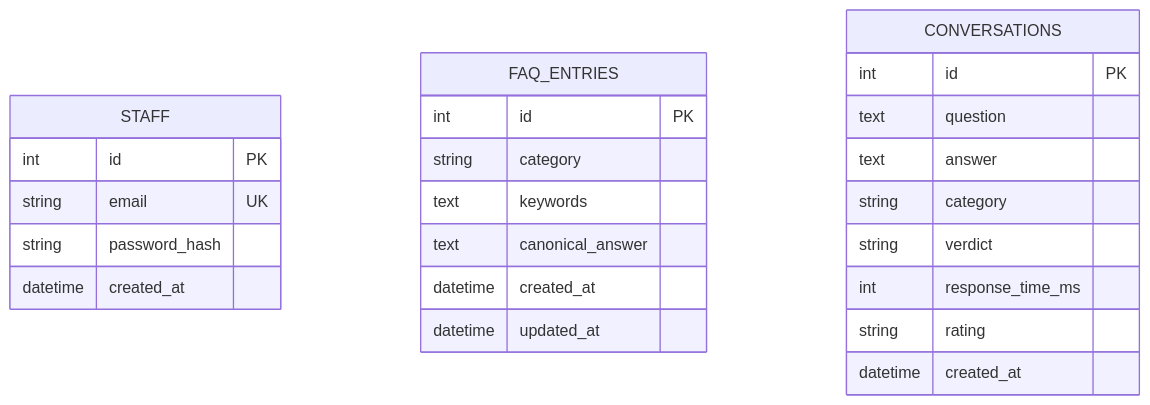
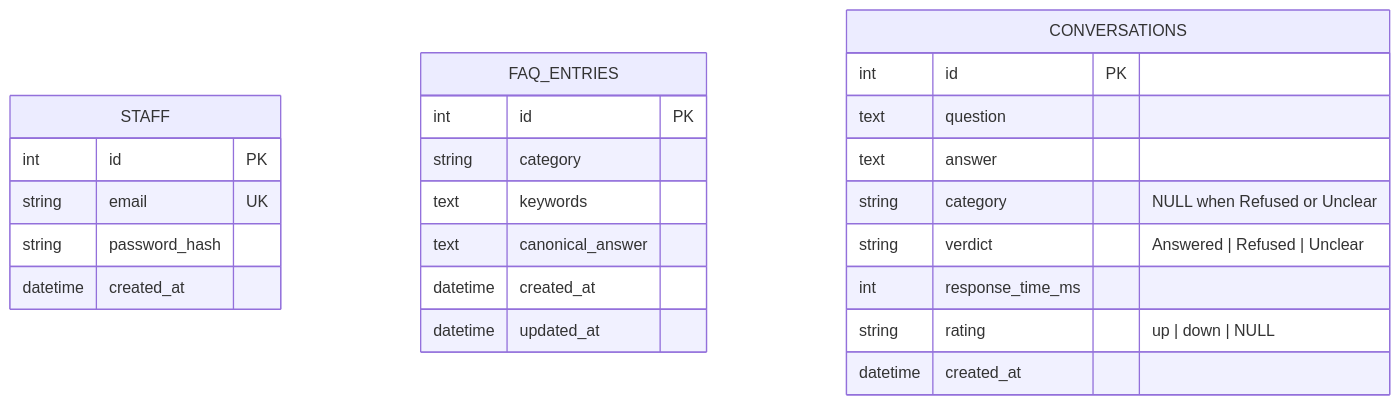
One commit to pretheka-pre/archintx-arclite changed the first of 2 diagrams in README.md. Above: the diagram before and after it, drawn with Mermaid. The commit also changed other lines of this file, not shown here.

````diff
--- a/README.md
+++ b/README.md
@@ -109,29 +37,27 @@
 ```mermaid
 erDiagram
     STAFF {
         int id PK
         string email UK
         string password_hash
         datetime created_at
     }
-
     FAQ_ENTRIES {
         int id PK
         string category
         text keywords
         text canonical_answer
         datetime created_at
         datetime updated_at
     }
-
     CONVERSATIONS {
         int id PK
         text question
         text answer
-        string category
-        string verdict
+        string category "NULL when Refused or Unclear"
+        string verdict "Answered | Refused | Unclear"
         int response_time_ms
-        string rating
+        string rating "up | down | NULL"
         datetime created_at
     }
 ```
````
